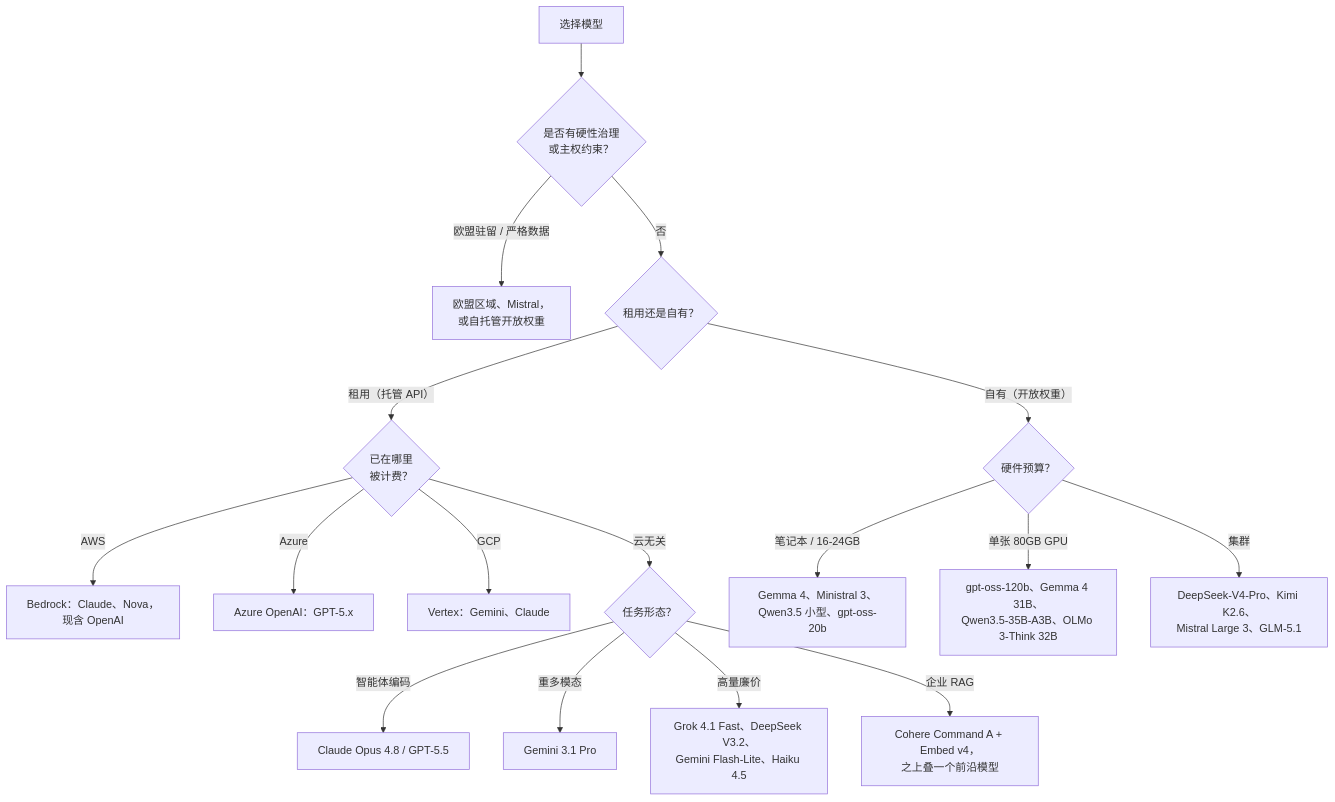
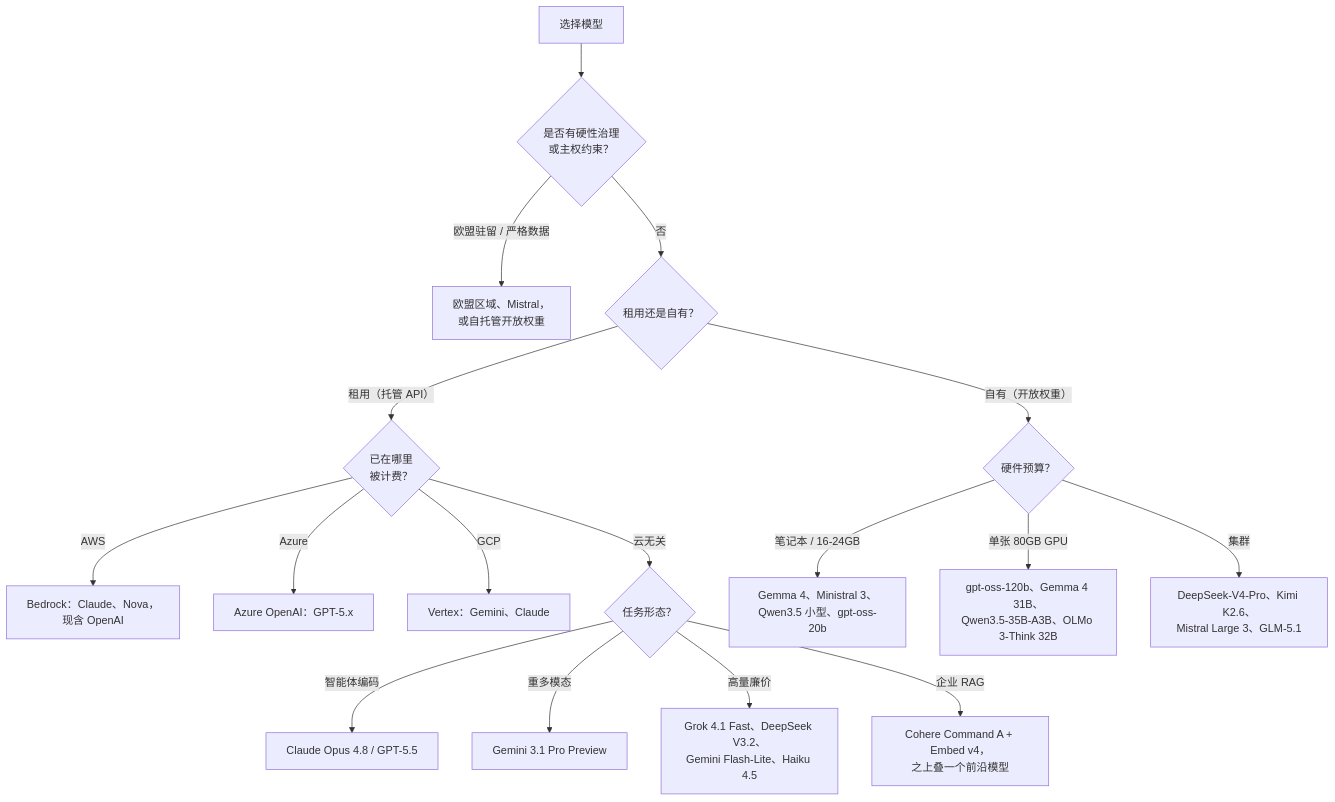
Before and after one commit to latere-ai/ai-as-an-infrastructure: the first of 2 diagrams in zh/practice/01-choosing-a-model.qmd, drawn with Mermaid. The commit also changed other lines of this file and 142 other files, not shown here.

````diff
--- a/zh/practice/01-choosing-a-model.qmd
+++ b/zh/practice/01-choosing-a-model.qmd
@@ -98,24 +98,24 @@
 ```{mermaid}
 %%| label: fig-model-decision
 %%| fig-cap: "2026 年年中挑选模型的决策顺序。计费所在的云和治理约束，通常比质量更早拍板。"
 flowchart TD
   start["选择模型"] --> gov{"是否有硬性治理<br>或主权约束？"}
   gov -->|"欧盟驻留 / 严格数据"| sov["欧盟区域、Mistral，<br>或自托管开放权重"]
   gov -->|否| host{"租用还是自有？"}
 
   host -->|"租用（托管 API）"| cloud{"已在哪里<br>被计费？"}
   cloud -->|AWS| bedrock["Bedrock：Claude、Nova，<br>现含 OpenAI"]
   cloud -->|Azure| azure["Azure OpenAI：GPT-5.x"]
   cloud -->|GCP| vertex["Vertex：Gemini、Claude"]
   cloud -->|"云无关"| task
 
   host -->|"自有（开放权重）"| hw{"硬件预算？"}
   hw -->|"笔记本 / 16-24GB"| small["Gemma 4、Ministral 3、<br>Qwen3.5 小型、gpt-oss-20b"]
   hw -->|"单张 80GB GPU"| mid["gpt-oss-120b、Gemma 4 31B、<br>Qwen3.5-35B-A3B、OLMo 3-Think 32B"]
   hw -->|"集群"| big["DeepSeek-V4-Pro、Kimi K2.6、<br>Mistral Large 3、GLM-5.1"]
 
   task{"任务形态？"} -->|"智能体编码"| code["Claude Opus 4.8 / GPT-5.5"]
-  task -->|"重多模态"| mm["Gemini 3.1 Pro"]
+  task -->|"重多模态"| mm["Gemini 3.1 Pro Preview"]
   task -->|"高量廉价"| cheap["Grok 4.1 Fast、DeepSeek V3.2、<br>Gemini Flash-Lite、Haiku 4.5"]
   task -->|"企业 RAG"| rag["Cohere Command A + Embed v4，<br>之上叠一个前沿模型"]
 ```
````
